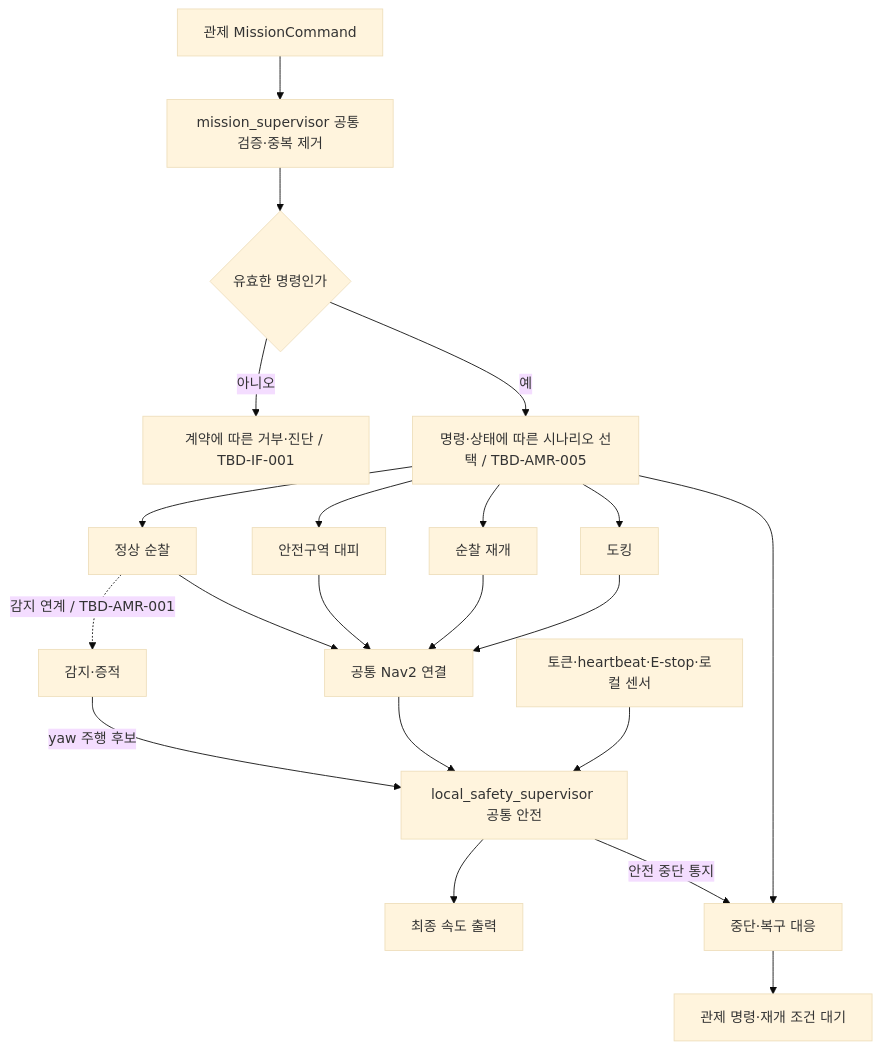
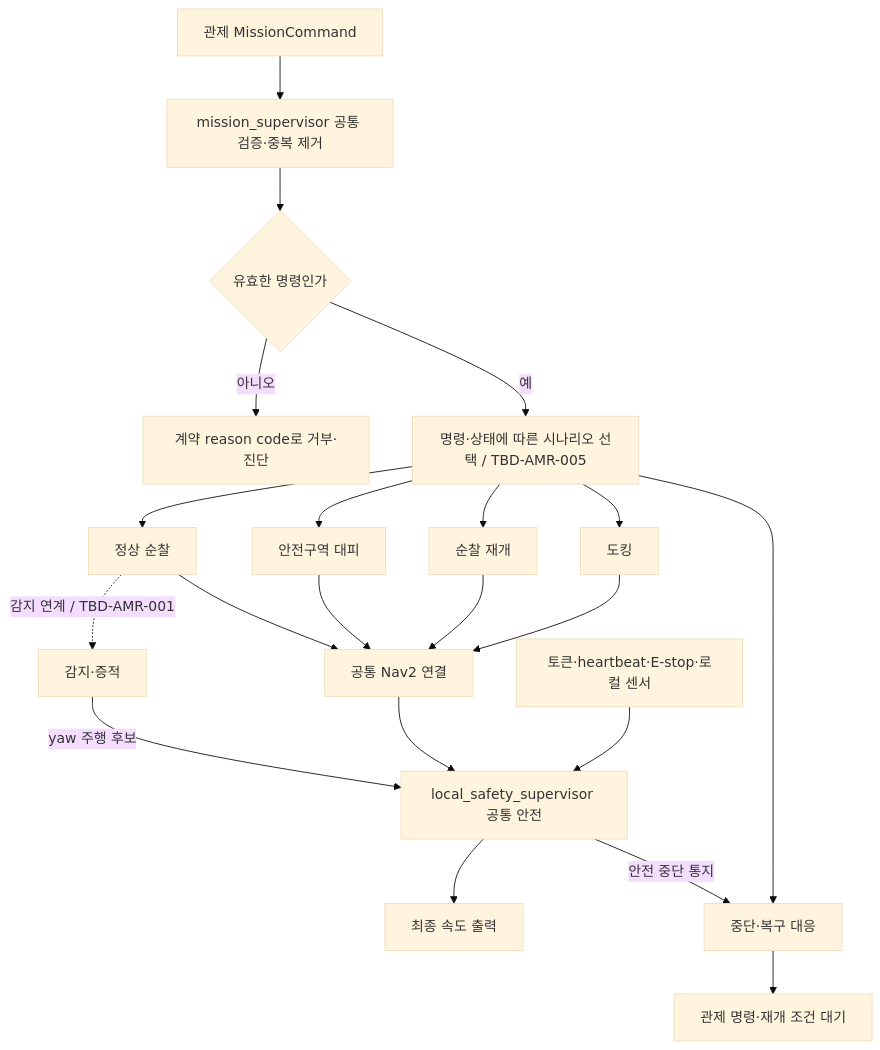
One commit to suuuhululu/patrol changed the first of 20 diagrams in docs/amr.md. Above: the diagram before and after it, drawn with Mermaid (base theme). The commit also changed other lines of this file and 56 other files, not shown here.

```diff
--- a/docs/amr.md
+++ b/docs/amr.md
@@ -79,23 +79,23 @@
 ~~~mermaid
 flowchart TD
     CMD[관제 MissionCommand] --> MS[mission_supervisor 공통 검증·중복 제거]
     MS --> VALID{유효한 명령인가}
-    VALID -->|아니오| REJECT[계약에 따른 거부·진단 / TBD-IF-001]
+    VALID -->|아니오| REJECT[계약 reason code로 거부·진단]
     VALID -->|예| SELECT[명령·상태에 따른 시나리오 선택 / TBD-AMR-005]
     SELECT --> PATROL[정상 순찰]
     SELECT --> EVAC[안전구역 대피]
     SELECT --> RESUME[순찰 재개]
     SELECT --> DOCK[도킹]
     SELECT --> STOP[중단·복구 대응]
     PATROL -. 감지 연계 / TBD-AMR-001 .-> DETECT[감지·증적]
     PATROL --> NAV[공통 Nav2 연결]
     EVAC --> NAV
     RESUME --> NAV
     DOCK --> NAV
     NAV --> SAFE[local_safety_supervisor 공통 안전]
     DETECT -->|yaw 주행 후보| SAFE
     INPUT[토큰·heartbeat·E-stop·로컬 센서] --> SAFE
     SAFE --> OUTPUT[최종 속도 출력]
     SAFE -->|안전 중단 통지| STOP
     STOP --> WAIT[관제 명령·재개 조건 대기]
 ~~~
```
